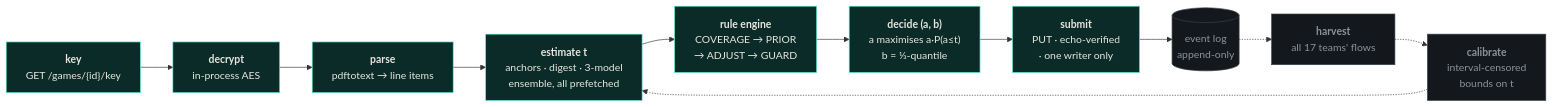
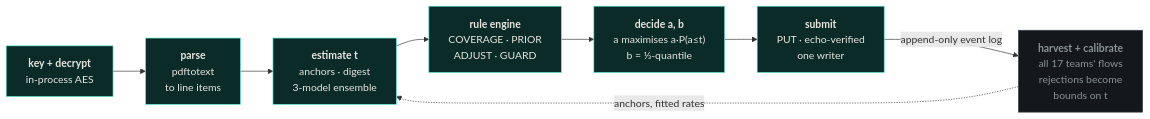
The diagram in README.md (eklavyagoyal/munich-agentic-hackathon-submission), drawn with Mermaid before and after one commit.

Commit message:
Round-loop diagram: seven nodes, verified rendering
Collapsed the flowchart from ten nodes to seven. Ten in a row scales down to
unreadable at README width, and subgraphs were not an option: mermaid ignores a
subgraph's own direction once an edge crosses the boundary, which turned the
pipeline into a 3,200px vertical column.

Label syntax simplified to quoted strings with <br/> rather than mermaid's
markdown-string form, which is the broadly supported spelling.

Verified by reading the SVG out of GitHub's mermaid iframe: 838x259, all seven
nodes present. Worth recording how that check has to be done -- GitHub renders
mermaid inside a sandboxed cross-origin iframe on viewscreen.githubusercontent.com,
which does not paint into a page screenshot. A blank-looking screenshot of a
mermaid block is a screenshot artifact, not evidence that the diagram failed.

````diff
--- a/README.md
+++ b/README.md
@@ -58,33 +58,19 @@
 ```mermaid
 flowchart LR
-  K["`**key**
-  GET /games/{id}/key`"] --> D["`**decrypt**
-  in-process AES`"]
-  D --> P["`**parse**
-  pdftotext → line items`"]
-  P --> E["`**estimate t**
-  anchors · digest · 3-model
-  ensemble, all prefetched`"]
-  E --> R["`**rule engine**
-  COVERAGE → PRIOR
-  → ADJUST → GUARD`"]
-  R --> Q["`**decide (a, b)**
-  a maximises a·P(a≤t)
-  b = ⅓-quantile`"]
-  Q --> S["`**submit**
-  PUT · echo-verified
-  · one writer only`"]
-  S --> L[("`event log
-  append-only`")]
-  L -.-> H["`**harvest**
-  all 17 teams' flows`"]
-  H -.-> B["`**calibrate**
-  interval-censored
-  bounds on t`"]
-  B -.-> E
+  K["<b>key + decrypt</b><br/>in-process AES"]
+  P["<b>parse</b><br/>pdftotext<br/>to line items"]
+  E["<b>estimate t</b><br/>anchors · digest<br/>3-model ensemble"]
+  R["<b>rule engine</b><br/>COVERAGE · PRIOR<br/>ADJUST · GUARD"]
+  Q["<b>decide a, b</b><br/>a maximises a·P(a≤t)<br/>b = ⅓-quantile"]
+  S["<b>submit</b><br/>PUT · echo-verified<br/>one writer"]
+  C["<b>harvest + calibrate</b><br/>all 17 teams' flows<br/>rejections become<br/>bounds on t"]
+
+  K --> P --> E --> R --> Q --> S
+  S -- "append-only event log" --> C
+  C -. "anchors, fitted rates" .-> E
 
   classDef hot fill:#0b2b28,stroke:#5eead4,color:#e9e6df
   classDef cold fill:#14181c,stroke:#39424a,color:#8b9398
-  class K,D,P,E,R,Q,S hot
-  class L,H,B cold
+  class K,P,E,R,Q,S hot
+  class C cold
 ```
````
